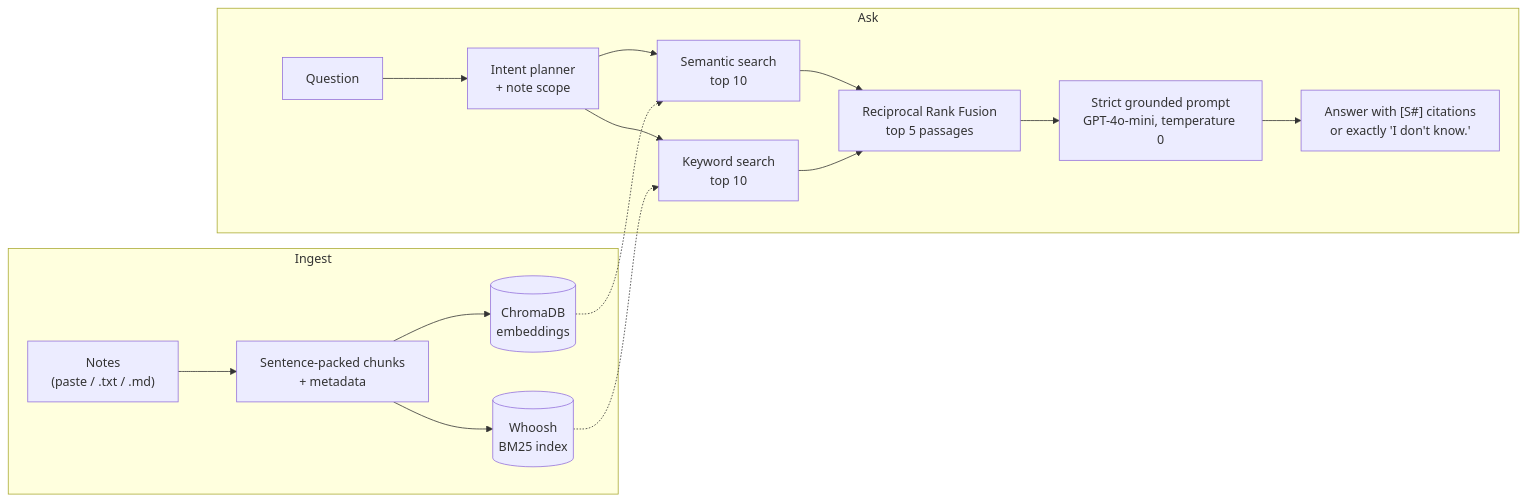
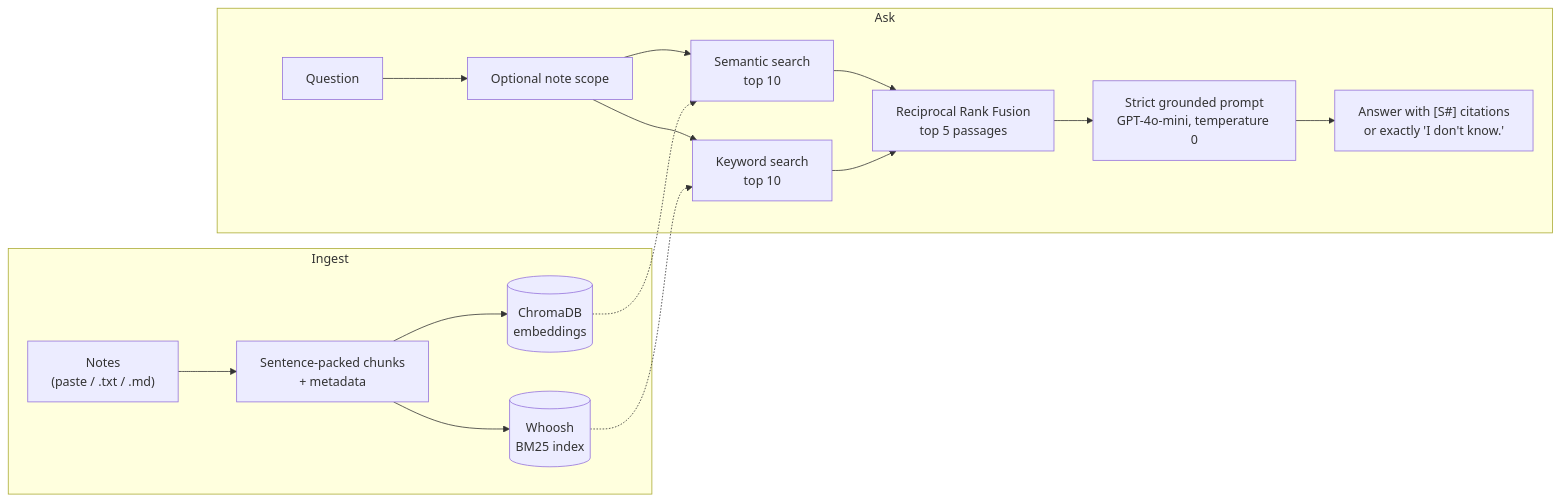
The diagram in README.md (nour0205/Recall), drawn with Mermaid before and after one commit. The commit also changed other lines of this file and 12 other files, not shown here.

First line of the commit message:
Remove the intent planner from /ask

````diff
--- a/README.md
+++ b/README.md
@@ -67,19 +68,19 @@
 ```mermaid
 flowchart LR
     subgraph Ingest
         N["Notes<br/>(paste / .txt / .md)"] --> C["Sentence-packed chunks<br/>+ metadata"]
         C --> V[("ChromaDB<br/>embeddings")]
         C --> K[("Whoosh<br/>BM25 index")]
     end
     subgraph Ask
-        Q["Question"] --> P["Intent planner<br/>+ note scope"]
+        Q["Question"] --> P["Optional note scope"]
         P --> D["Semantic search<br/>top 10"]
         P --> B["Keyword search<br/>top 10"]
         V -.-> D
         K -.-> B
         D --> F["Reciprocal Rank Fusion<br/>top 5 passages"]
         B --> F
         F --> G["Strict grounded prompt<br/>GPT-4o-mini, temperature 0"]
         G --> A["Answer with [S#] citations<br/>or exactly 'I don't know.'"]
     end
 ```
````
